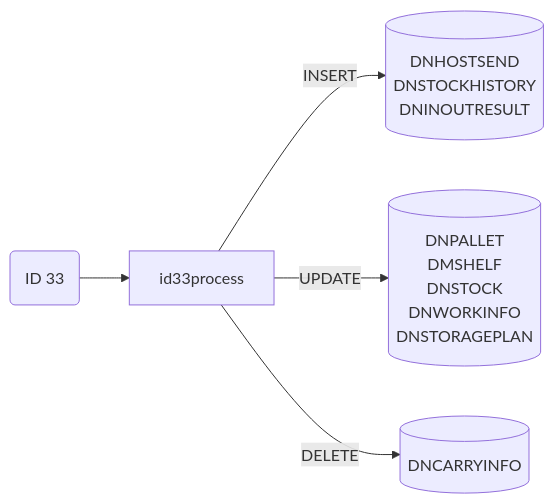
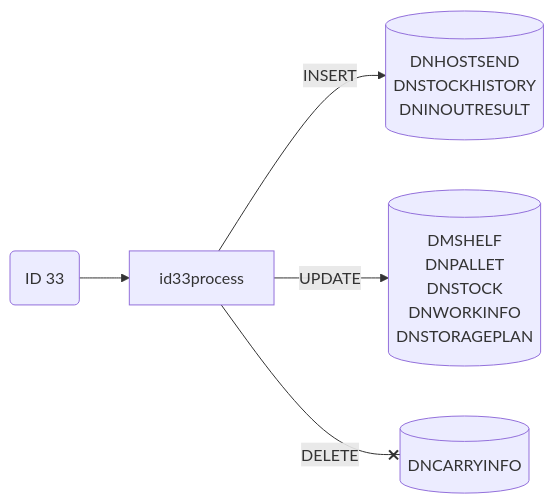
One commit to luthfiadityaa/SimeDarby-Wiki changed diagram 11 of 11 in Basic-Design/DFD-WMS/Storage/Planned-Storage-Packaging-Material.md. Above: the diagram before and after it, drawn with Mermaid. The commit also changed other lines of this file, not shown here.

```diff
--- a/Basic-Design/DFD-WMS/Storage/Planned-Storage-Packaging-Material.md
+++ b/Basic-Design/DFD-WMS/Storage/Planned-Storage-Packaging-Material.md
@@ -733,28 +614,30 @@
 ::: mermaid
 flowchart LR
 
 id33("
 ID 33
 ")
 
 id33-insert[("
 DNHOSTSEND
 DNSTOCKHISTORY
 DNINOUTRESULT
 ")]
+
 id33-update[("
+DMSHELF
 DNPALLET
-DMSHELF
 DNSTOCK
 DNWORKINFO
 DNSTORAGEPLAN
 ")]
+
 id33-delete[("
 DNCARRYINFO
 ")]
 
 id33-->id33process
 id33process--> |INSERT| id33-insert
 id33process--> |UPDATE| id33-update
-id33process--> |DELETE| id33-delete
+id33process--x |DELETE| id33-delete
 :::
```
